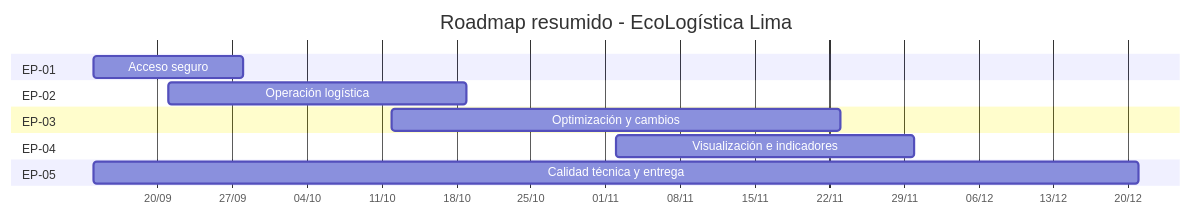
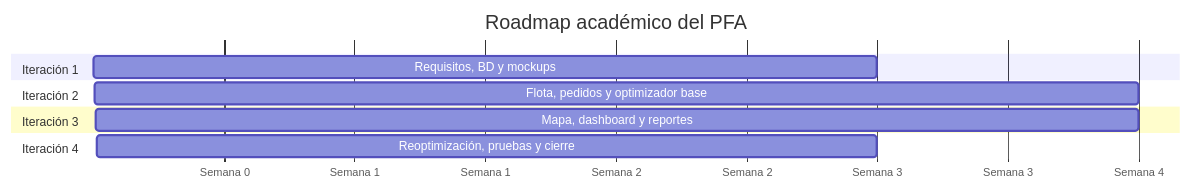
Before and after one commit to DartBlackLink/PFA: the diagram in docs/02 Planificación/02 Artefactos Jira V_1_0_0.md, drawn with Mermaid. The commit also changed other lines of this file and 17 other files, not shown here.

Commit message:
Cambios generales dentro del proyecto

````diff
--- a/docs/02 Planificación/02 Artefactos Jira V_1_0_0.md
+++ b/docs/02 Planificación/02 Artefactos Jira V_1_0_0.md
@@ -58,16 +35,14 @@
 ```mermaid
 gantt
-    title Roadmap resumido - EcoLogística Lima
-    dateFormat  YYYY-MM-DD
-    axisFormat  %d/%m
-    section EP-01
-    Acceso seguro                 :a1, 2026-09-14, 14d
-    section EP-02
-    Operación logística           :a2, 2026-09-21, 28d
-    section EP-03
-    Optimización y cambios        :a3, 2026-10-12, 42d
-    section EP-04
-    Visualización e indicadores   :a4, 2026-11-02, 28d
-    section EP-05
-    Calidad técnica y entrega     :a5, 2026-09-14, 98d
+    title Roadmap académico del PFA
+    dateFormat  X
+    axisFormat  Semana %s
+    section Iteración 1
+    Requisitos, BD y mockups           :a1, 1, 3
+    section Iteración 2
+    Flota, pedidos y optimizador base  :a2, 4, 4
+    section Iteración 3
+    Mapa, dashboard y reportes         :a3, 8, 4
+    section Iteración 4
+    Reoptimización, pruebas y cierre   :a4, 12, 3
 ```
````
